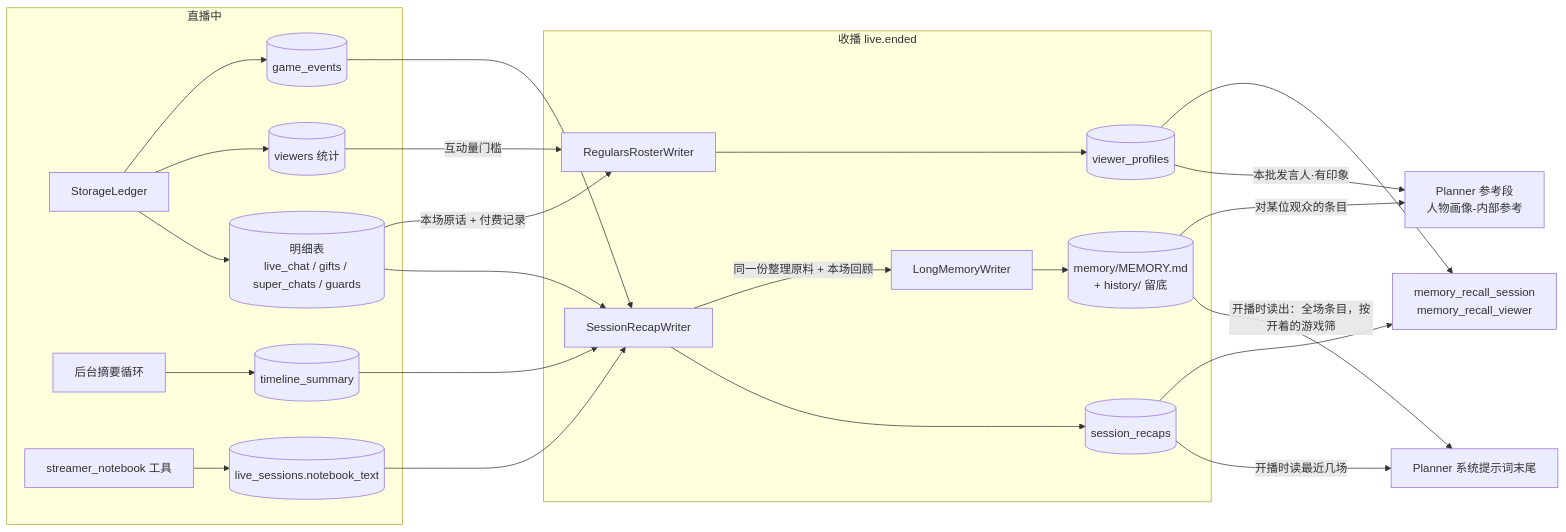
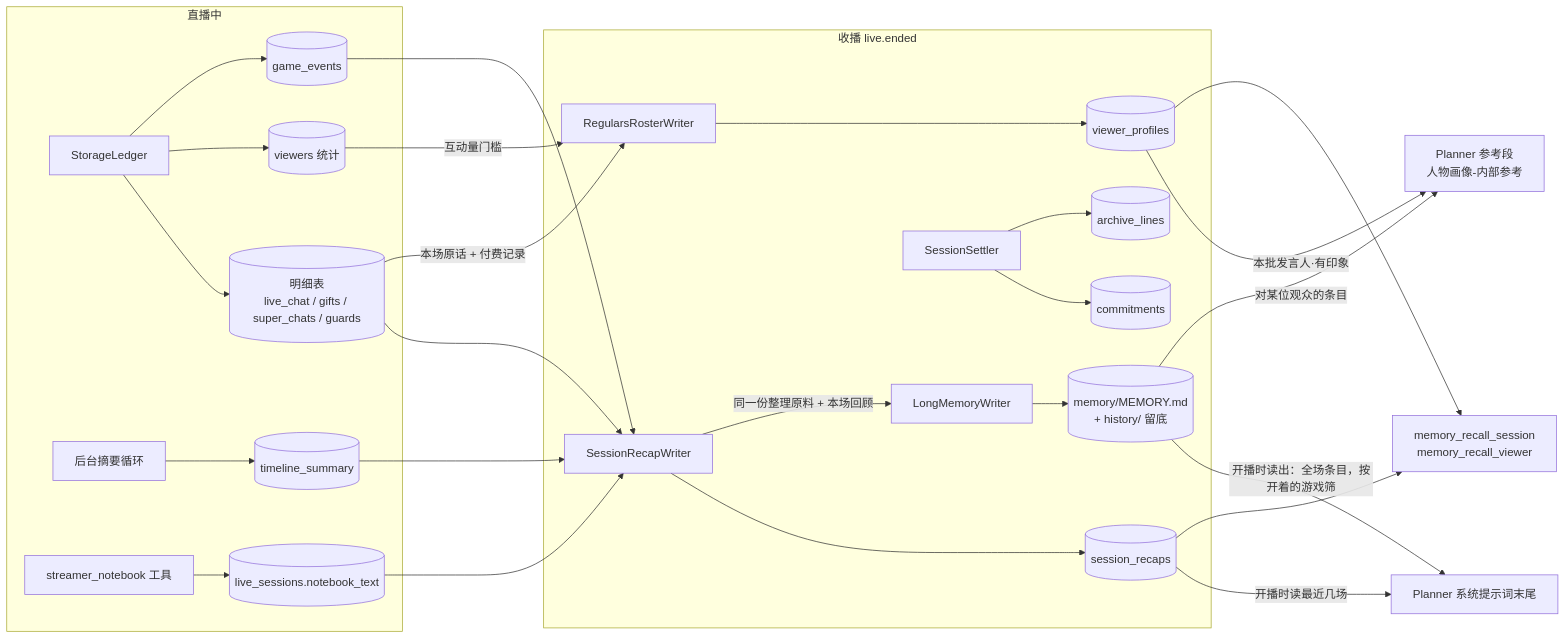
The diagram in docs/architecture/streamer-memory.md (Mai-with-u/Amaidesu), drawn with Mermaid before and after one commit. The commit also changed other lines of this file and 4 other files, not shown here.

````diff
--- a/docs/architecture/streamer-memory.md
+++ b/docs/architecture/streamer-memory.md
@@ -19,24 +19,26 @@
 ```mermaid
 flowchart LR
     subgraph 直播中
         L[StorageLedger] --> D[(明细表<br/>live_chat / gifts / super_chats / guards)]
         L --> V[(viewers 统计)]
         L --> G[(game_events)]
         B[后台摘要循环] --> T[(timeline_summary)]
         NB[streamer_notebook 工具] --> NS[(live_sessions.notebook_text)]
     end
     subgraph 收播 live.ended
         R[SessionRecapWriter] --> SR[(session_recaps)]
         M[LongMemoryWriter] --> MF[(memory/MEMORY.md<br/>+ history/ 留底)]
         W[RegularsRosterWriter] --> VP[(viewer_profiles)]
+        S[SessionSettler] --> CM[(commitments)]
+        S --> AL[(archive_lines)]
     end
     D & T & G & NS --> R
     R -->|同一份整理原料 + 本场回顾| M
     D -->|本场原话 + 付费记录| W
     V -->|互动量门槛| W
     MF -->|开播时读出：全场条目，按开着的游戏筛| SP[Planner 系统提示词末尾]
     MF -->|对某位观众的条目| Q
     SR -->|开播时读最近几场| SP
     VP -->|本批发言人·有印象| Q[Planner 参考段<br/>人物画像-内部参考]
     SR & VP --> TOOLS[memory_recall_session<br/>memory_recall_viewer]
 ```
````
